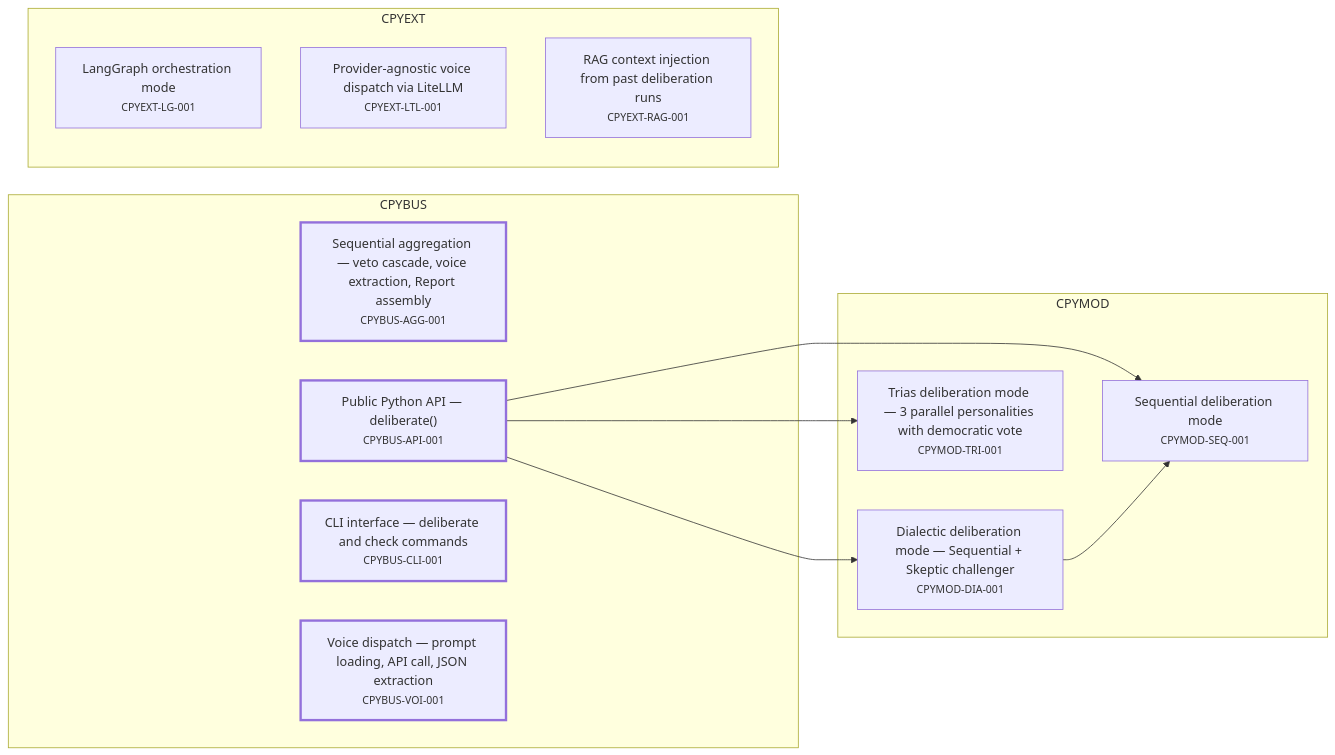
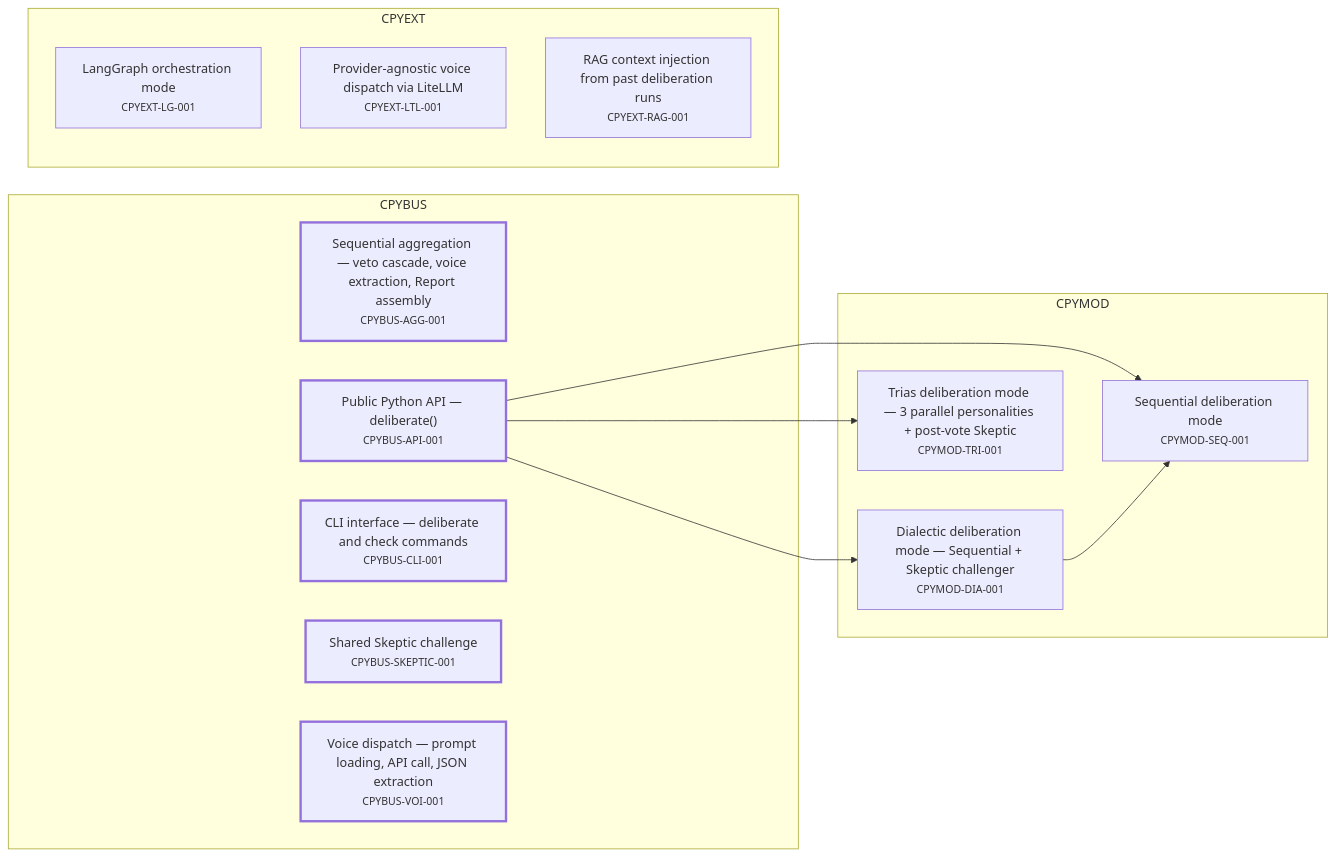
Before and after one commit to alxmax/Consilium-py: the first of 4 diagrams in requirements/_map.md, drawn with Mermaid. The commit also changed other lines of this file and 4 other files, not shown here.

````diff
--- a/requirements/_map.md
+++ b/requirements/_map.md
@@ -13,27 +13,29 @@
 ```mermaid
 graph LR
   subgraph sg_CPYBUS["CPYBUS"]
     CPYBUS_AGG_001["Sequential aggregation — veto cascade, voice extraction, Report assembly<br><small>CPYBUS-AGG-001</small>"]
     CPYBUS_API_001["Public Python API — deliberate()<br><small>CPYBUS-API-001</small>"]
     CPYBUS_CLI_001["CLI interface — deliberate and check commands<br><small>CPYBUS-CLI-001</small>"]
+    CPYBUS_SKEPTIC_001["Shared Skeptic challenge<br><small>CPYBUS-SKEPTIC-001</small>"]
     CPYBUS_VOI_001["Voice dispatch — prompt loading, API call, JSON extraction<br><small>CPYBUS-VOI-001</small>"]
   end
   subgraph sg_CPYEXT["CPYEXT"]
     CPYEXT_LG_001["LangGraph orchestration mode<br><small>CPYEXT-LG-001</small>"]
     CPYEXT_LTL_001["Provider-agnostic voice dispatch via LiteLLM<br><small>CPYEXT-LTL-001</small>"]
     CPYEXT_RAG_001["RAG context injection from past deliberation runs<br><small>CPYEXT-RAG-001</small>"]
   end
   subgraph sg_CPYMOD["CPYMOD"]
     CPYMOD_DIA_001["Dialectic deliberation mode — Sequential + Skeptic challenger<br><small>CPYMOD-DIA-001</small>"]
     CPYMOD_SEQ_001["Sequential deliberation mode<br><small>CPYMOD-SEQ-001</small>"]
-    CPYMOD_TRI_001["Trias deliberation mode — 3 parallel personalities with democratic vote<br><small>CPYMOD-TRI-001</small>"]
+    CPYMOD_TRI_001["Trias deliberation mode — 3 parallel personalities + post-vote Skeptic<br><small>CPYMOD-TRI-001</small>"]
   end
   CPYBUS_API_001 --> CPYMOD_SEQ_001
   CPYBUS_API_001 --> CPYMOD_DIA_001
   CPYBUS_API_001 --> CPYMOD_TRI_001
   CPYMOD_DIA_001 --> CPYMOD_SEQ_001
   style CPYBUS_AGG_001 stroke-width:3px
   style CPYBUS_API_001 stroke-width:3px
   style CPYBUS_CLI_001 stroke-width:3px
+  style CPYBUS_SKEPTIC_001 stroke-width:3px
   style CPYBUS_VOI_001 stroke-width:3px
 ```
````
